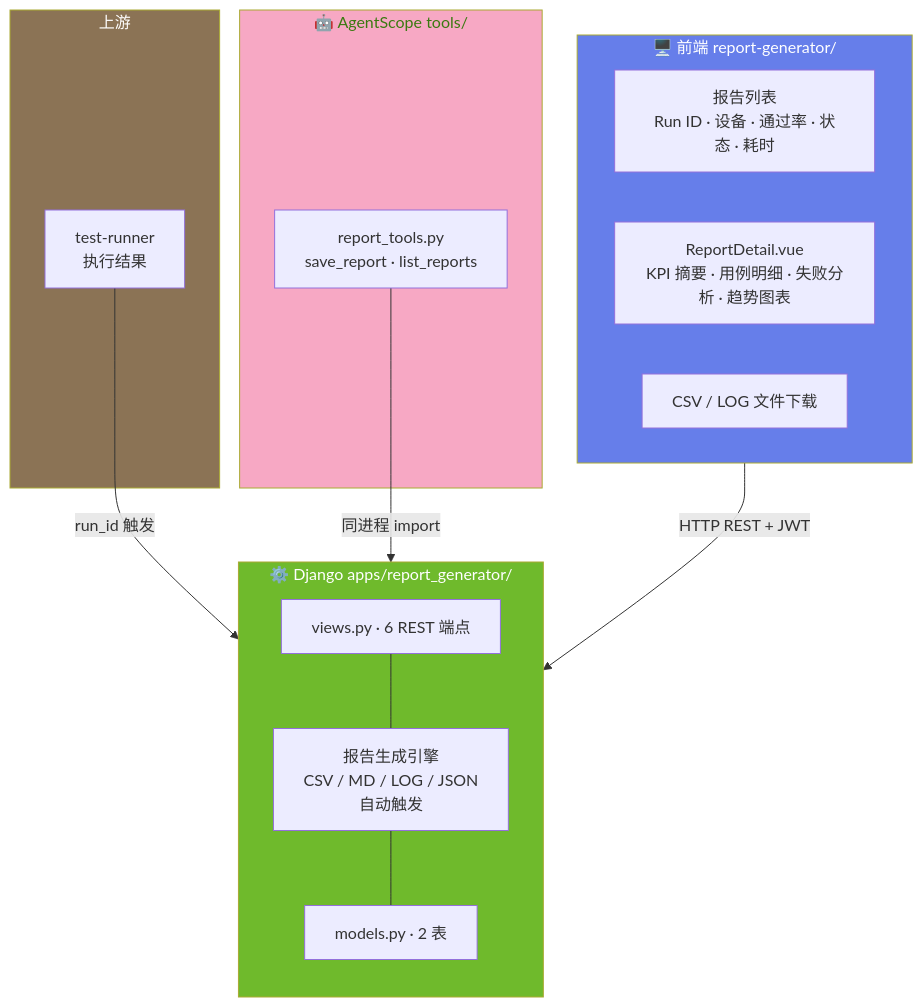
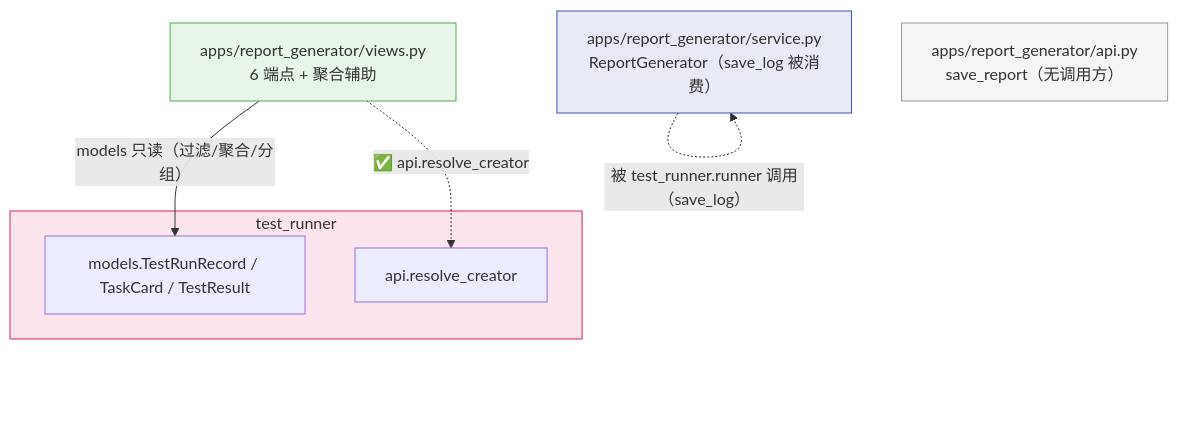
One commit to Kahoku-lazy/Android-AutoTests changed the second of 5 diagrams in dev_docs/03-设计与架构/ARCH-07-测试报告.md. Above: the diagram before and after it, drawn with Mermaid. The commit also changed other lines of this file and 53 other files, not shown here.

````diff
--- a/dev_docs/03-设计与架构/ARCH-07-测试报告.md
+++ b/dev_docs/03-设计与架构/ARCH-07-测试报告.md
@@ -21,33 +66,20 @@
 ```mermaid
-flowchart TB
-    subgraph Frontend_RG["🖥️ 前端 report-generator/"]
-        ReportList["报告列表<br/>Run ID · 设备 · 通过率 · 状态 · 耗时"]
-        ReportDetail["ReportDetail.vue<br/>KPI 摘要 · 用例明细 · 失败分析 · 趋势图表"]
-        Download["CSV / LOG 文件下载"]
+flowchart TD
+    RGV["apps/report_generator/views.py<br/>6 端点 + 聚合辅助"]
+    RGS["apps/report_generator/service.py<br/>ReportGenerator（save_log 被消费）"]
+    RGA["apps/report_generator/api.py<br/>save_report（无调用方）"]
+
+    subgraph TR["test_runner"]
+        TR_M["models.TestRunRecord / TaskCard / TestResult"]
+        TR_A["api.resolve_creator"]
     end
 
-    subgraph Django_RG["⚙️ Django apps/report_generator/"]
-        direction TB
-        Views["views.py · 6 REST 端点"]
-        Generator["报告生成引擎<br/>CSV / MD / LOG / JSON<br/>自动触发"]
-        Models["models.py · 2 表"]
-        Views --- Generator --- Models
-    end
+    RGV -->|"models 只读（过滤/聚合/分组）"| TR_M
+    RGV -.->|"✅ api.resolve_creator"| TR_A
+    RGS -.->|"被 test_runner.runner 调用（save_log）"| RGS
 
-    subgraph AgentScope_RG["🤖 AgentScope tools/"]
-        ReportTools["report_tools.py<br/>save_report · list_reports"]
-    end
-
-    subgraph Upstream_RG["上游"]
-        TR["test-runner<br/>执行结果"]
-    end
-
-    TR -->|"run_id 触发"| Generator
-    Frontend_RG -->|"HTTP REST + JWT"| Views
-    ReportTools -->|"同进程 import"| Views
-
-    style Frontend_RG fill:#667eea,color:#fff
-    style Django_RG fill:#6fba2c,color:#fff
-    style AgentScope_RG fill:#f7a8c4,color:#3a7a10
-    style Upstream_RG fill:#8b7355,color:#fff
+    style RGV fill:#e8f5e9,stroke:#4caf50
+    style RGS fill:#e8eaf6,stroke:#3f51b5
+    style RGA fill:#f5f5f5,stroke:#999
+    style TR fill:#fce4ec,stroke:#e91e63
 ```
````
